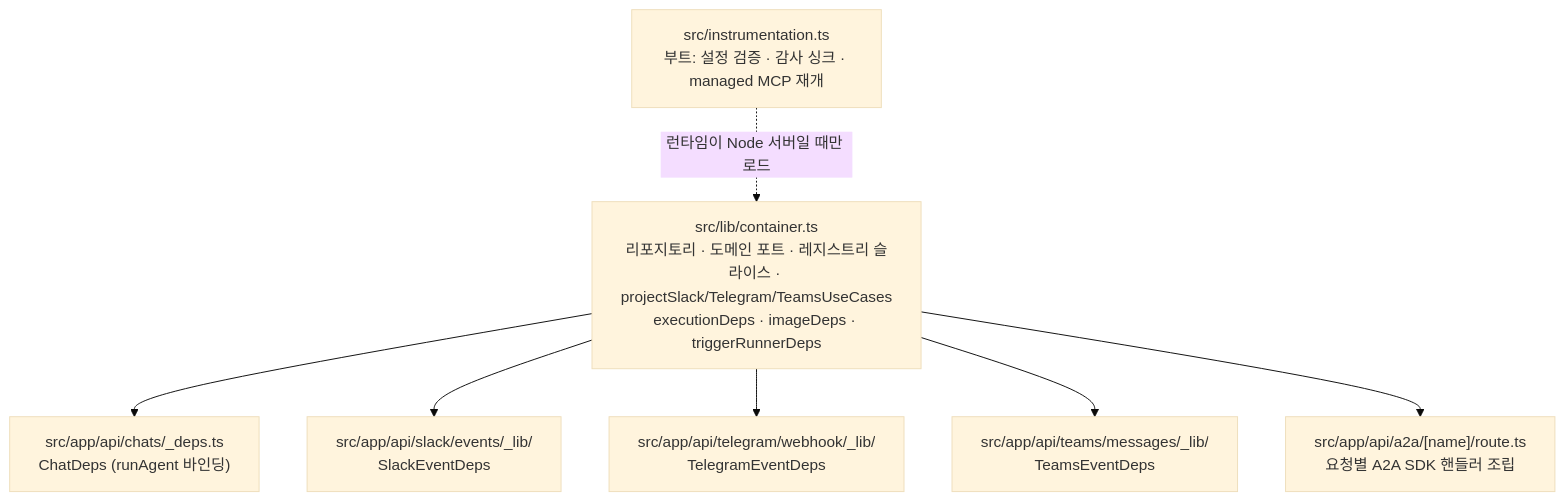
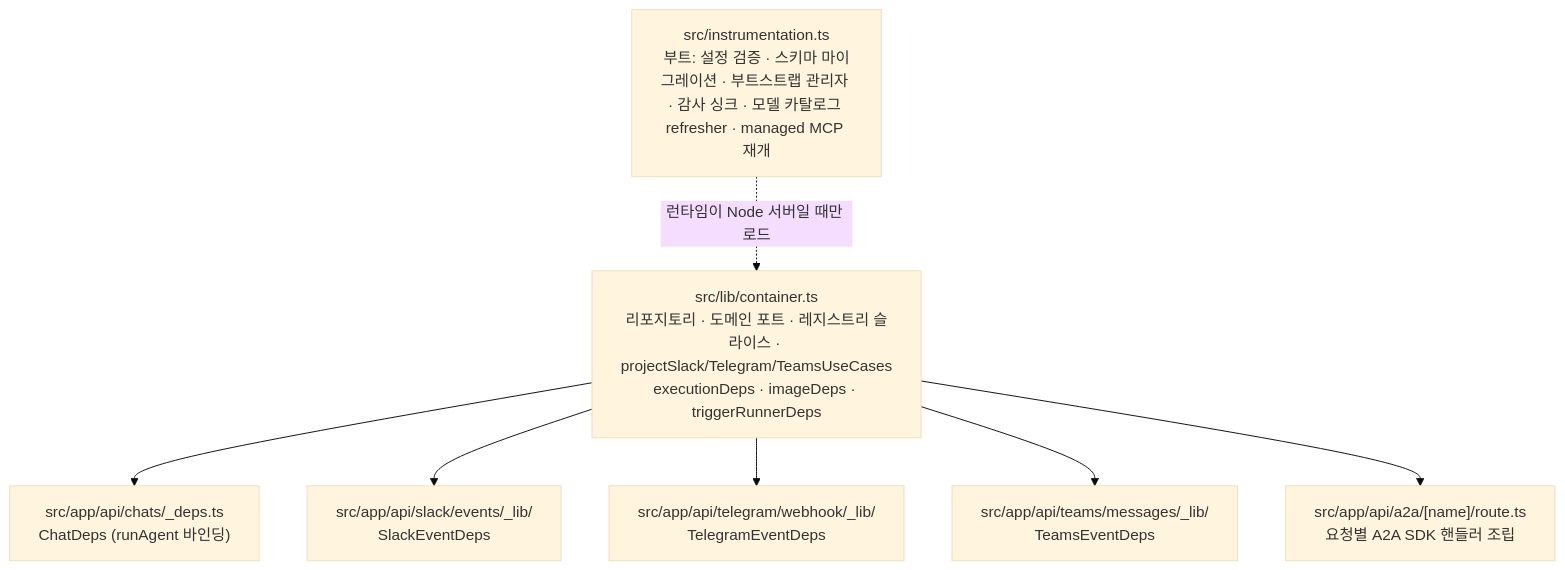
One commit to opspresso/agent-studio changed the fifth of 7 diagrams in docs/DIAGRAMS.md. Above: the diagram before and after it, drawn with Mermaid (base theme). The commit also changed other lines of this file and 228 other files, not shown here.

````diff
--- a/docs/DIAGRAMS.md
+++ b/docs/DIAGRAMS.md
@@ -179,17 +179,17 @@
 ```mermaid
 flowchart TB
   container["src/lib/container.ts<br/>리포지토리 · 도메인 포트 · 레지스트리 슬라이스 · projectSlack/Telegram/TeamsUseCases<br/>executionDeps · imageDeps · triggerRunnerDeps"]
   chatdeps["src/app/api/chats/_deps.ts<br/>ChatDeps (runAgent 바인딩)"]
   slackdeps["src/app/api/slack/events/_lib/<br/>SlackEventDeps"]
   tgdeps["src/app/api/telegram/webhook/_lib/<br/>TelegramEventDeps"]
   teamsdeps["src/app/api/teams/messages/_lib/<br/>TeamsEventDeps"]
   a2aroute["src/app/api/a2a/[name]/route.ts<br/>요청별 A2A SDK 핸들러 조립"]
-  boot["src/instrumentation.ts<br/>부트: 설정 검증 · 감사 싱크 · managed MCP 재개"]
+  boot["src/instrumentation.ts<br/>부트: 설정 검증 · 스키마 마이그레이션 · 부트스트랩 관리자 · 감사 싱크 · 모델 카탈로그 refresher · managed MCP 재개"]
 
   container --> chatdeps
   container --> slackdeps
   container --> tgdeps
   container --> teamsdeps
   container --> a2aroute
   boot -.->|"런타임이 Node 서버일 때만 로드"| container
 ```
````
